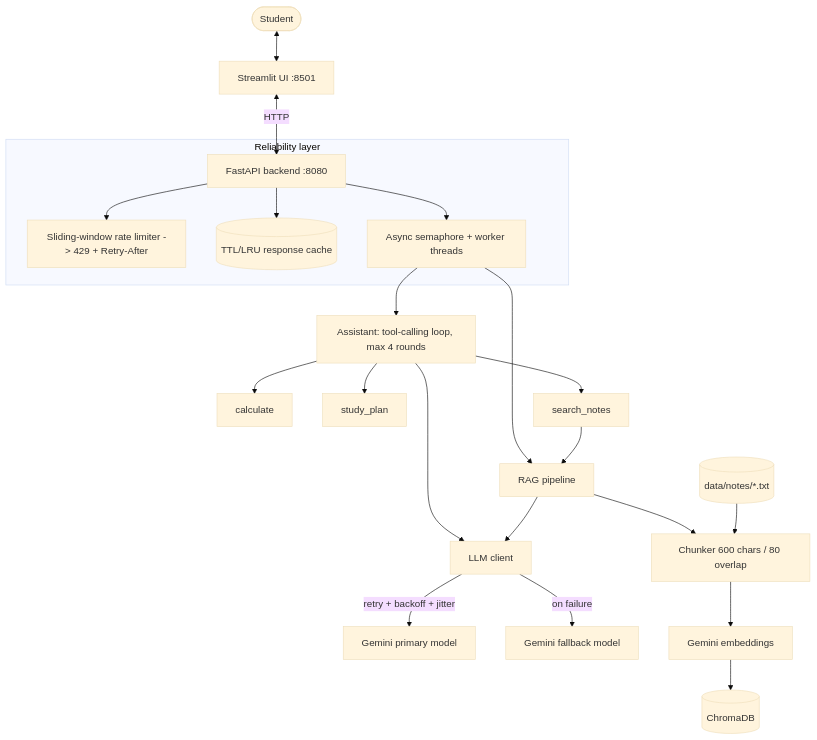
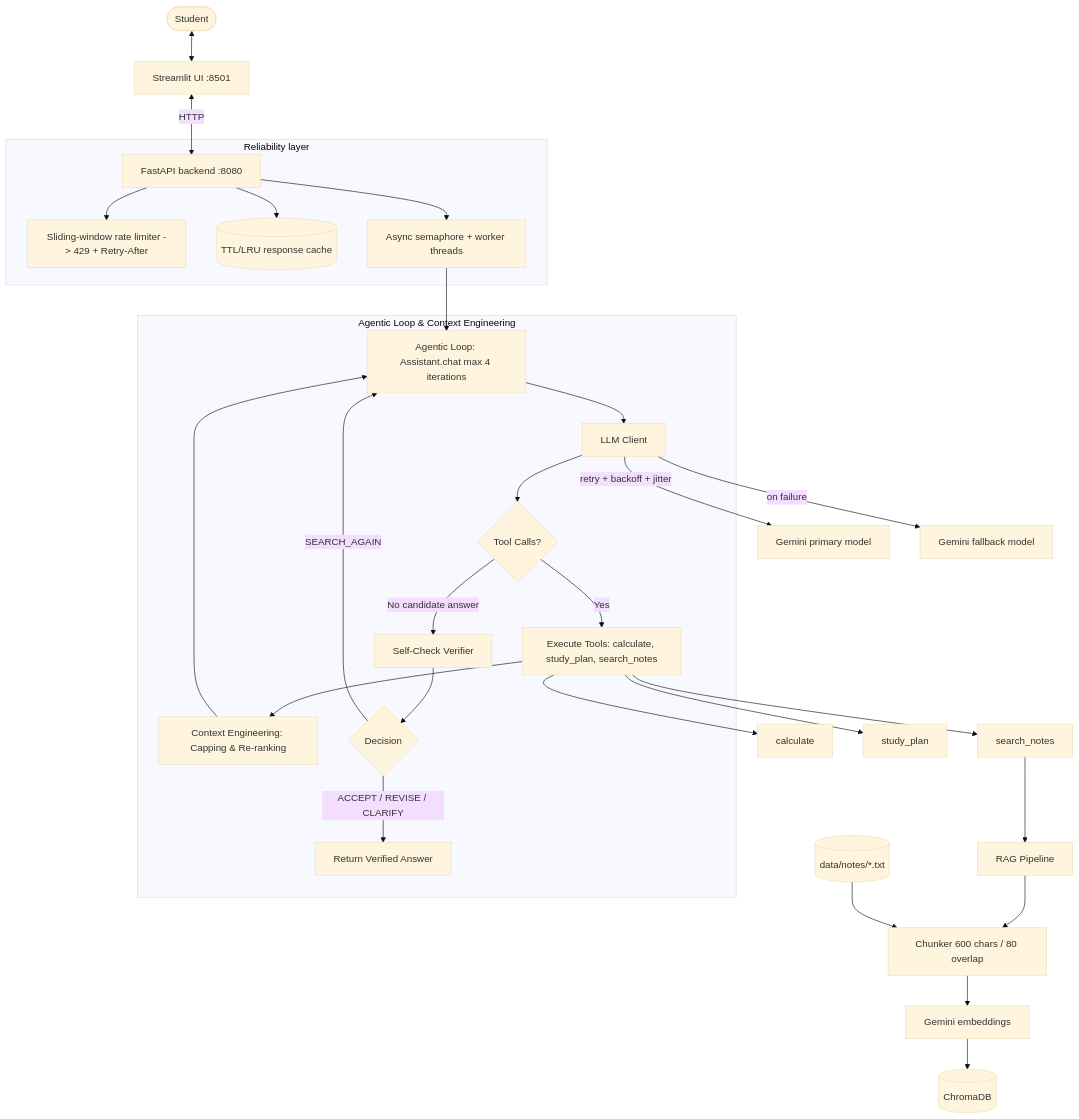
One commit to Rambha123/Studyhelper-agentic- changed the diagram in studyhelper/README.md. Above: the diagram before and after it, drawn with Mermaid (base theme). The commit also changed other lines of this file and 6 other files, not shown here.

First line of the commit message:
feat: transition StudyHelper to Week 16 agentic loop with self-check verification and context engineering

````diff
--- a/studyhelper/README.md
+++ b/studyhelper/README.md
@@ -9,26 +9,35 @@
 ```mermaid
 flowchart TD
     User([Student]) <--> UI[Streamlit UI :8501]
     UI <-->|HTTP| API[FastAPI backend :8080]
 
     subgraph Reliability layer
         API --> RL[Sliding-window rate limiter -> 429 + Retry-After]
         API --> Cache[(TTL/LRU response cache)]
         API --> Sem[Async semaphore + worker threads]
     end
 
-    Sem --> Asst[Assistant: tool-calling loop, max 4 rounds]
-    Sem --> RAG[RAG pipeline]
+    Sem --> Loop[Agentic Loop: Assistant.chat max 4 iterations]
 
-    Asst --> LLM[LLM client]
-    RAG --> LLM
+    subgraph Agentic Loop & Context Engineering
+        Loop --> LLM[LLM Client]
+        LLM --> ToolDecide{Tool Calls?}
+        ToolDecide -- Yes --> Tools[Execute Tools: calculate, study_plan, search_notes]
+        Tools --> Capping[Context Engineering: Capping & Re-ranking]
+        Capping --> Loop
+        ToolDecide -- No candidate answer --> SelfCheck[Self-Check Verifier]
+        SelfCheck --> Evaluation{Decision}
+        Evaluation -- ACCEPT / REVISE / CLARIFY --> Output[Return Verified Answer]
+        Evaluation -- SEARCH_AGAIN --> Loop
+    end
+
     LLM -->|retry + backoff + jitter| P[Gemini primary model]
     LLM -->|on failure| F[Gemini fallback model]
 
-    Asst --> T1[calculate]
-    Asst --> T2[study_plan]
-    Asst --> T3[search_notes]
-    T3 --> RAG
+    Tools --> T1[calculate]
+    Tools --> T2[study_plan]
+    Tools --> T3[search_notes]
+    T3 --> RAG[RAG Pipeline]
     RAG --> Chunk[Chunker 600 chars / 80 overlap] --> Emb[Gemini embeddings] --> VS[(ChromaDB)]
     Notes[(data/notes/*.txt)] --> Chunk
 ```
````
